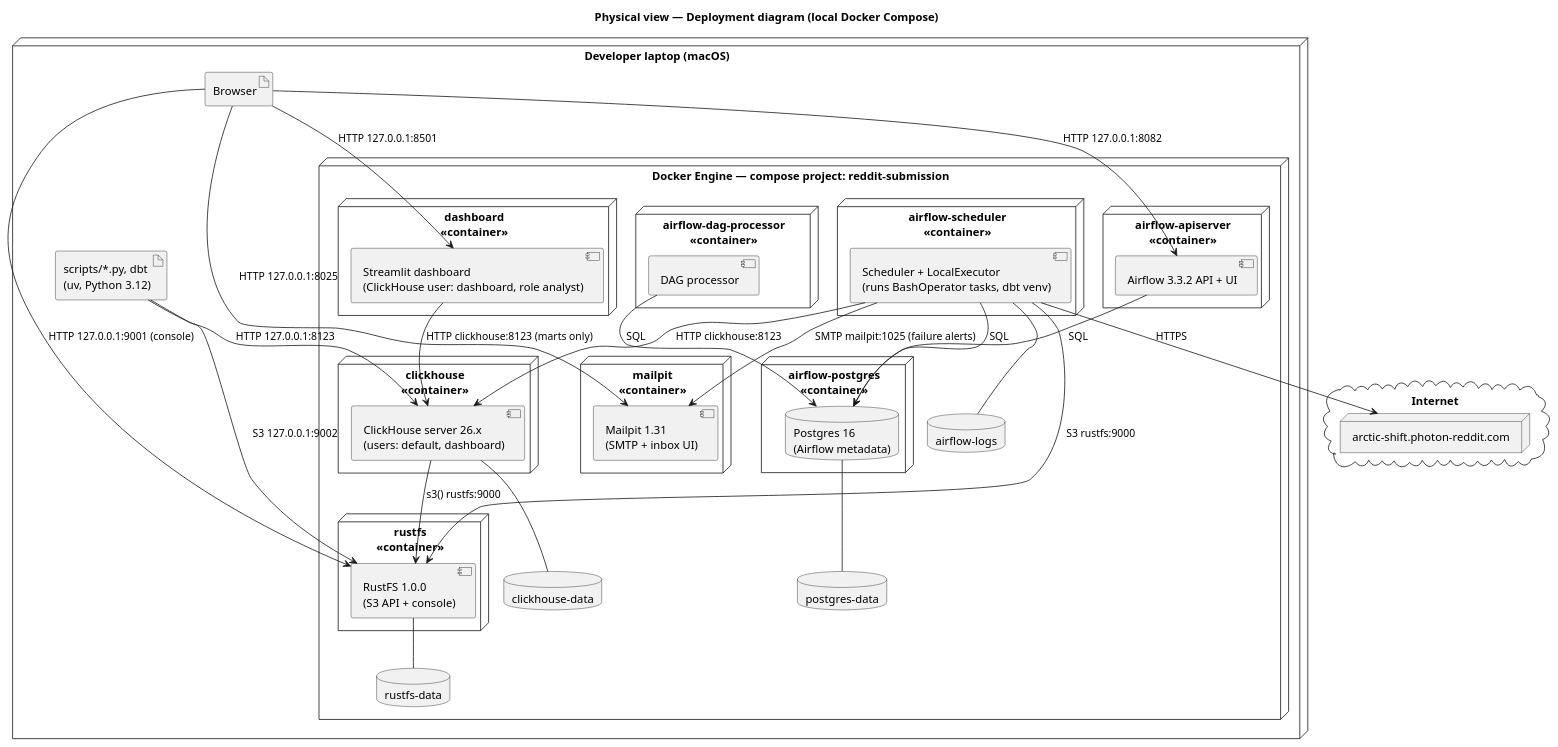
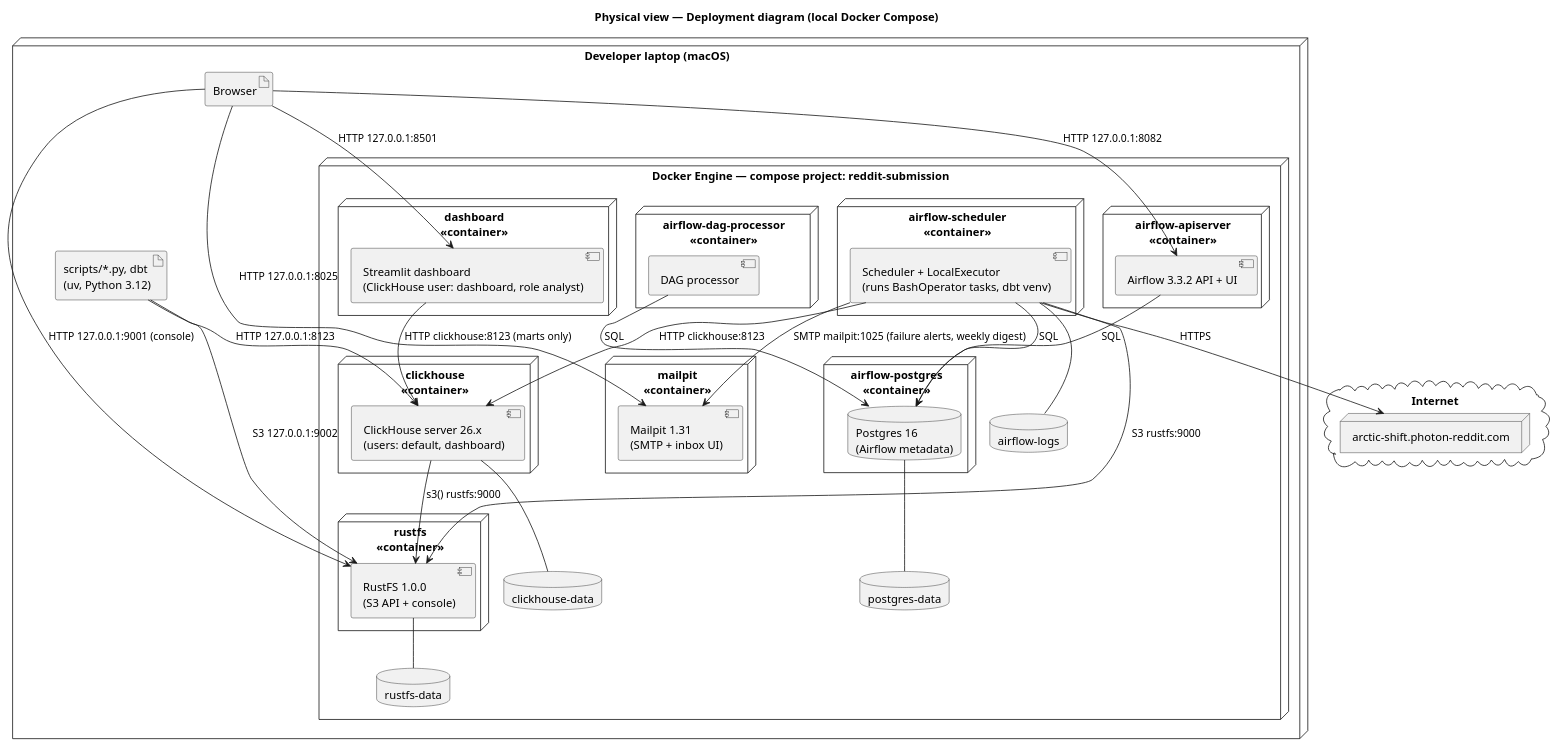
The diagram in docs/architecture/diagrams/deployment.puml (modsomjeed/reddit-dataeng), drawn with PlantUML before and after one commit. The commit also changed 8 other files, not shown here.

Commit message:
docs: document the weekly digest

```diff
--- a/docs/architecture/diagrams/deployment.puml
+++ b/docs/architecture/diagrams/deployment.puml
@@ -1,65 +1,65 @@
 @startuml deployment
 title Physical view — Deployment diagram (local Docker Compose)
 skinparam shadowing false
 
 node "Developer laptop (macOS)" as laptop {
   artifact "Browser" as browser
   artifact "scripts/*.py, dbt\n(uv, Python 3.12)" as hostcli
 
   node "Docker Engine — compose project: reddit-submission" as docker {
     node "clickhouse\n<<container>>" as ch {
       component "ClickHouse server 26.x\n(users: default, dashboard)" as chs
     }
     node "rustfs\n<<container>>" as rustfs {
       component "RustFS 1.0.0\n(S3 API + console)" as rfs
     }
     node "airflow-apiserver\n<<container>>" as api {
       component "Airflow 3.3.2 API + UI" as apis
     }
     node "airflow-scheduler\n<<container>>" as sched {
       component "Scheduler + LocalExecutor\n(runs BashOperator tasks, dbt venv)" as scheds
     }
     node "airflow-dag-processor\n<<container>>" as dagp {
       component "DAG processor" as dagps
     }
     node "dashboard\n<<container>>" as dash {
       component "Streamlit dashboard\n(ClickHouse user: dashboard, role analyst)" as dashs
     }
     node "mailpit\n<<container>>" as mail {
       component "Mailpit 1.31\n(SMTP + inbox UI)" as mails
     }
     node "airflow-postgres\n<<container>>" as pg {
       database "Postgres 16\n(Airflow metadata)" as pgdb
     }
     database "clickhouse-data" as vch
     database "rustfs-data" as vrfs
     database "postgres-data" as vpg
     database "airflow-logs" as vlogs
   }
 }
 
 cloud "Internet" {
   node "arctic-shift.photon-reddit.com" as arctic
 }
 
 chs -- vch
 rfs -- vrfs
 pgdb -- vpg
 scheds -- vlogs
 
 browser --> apis : "HTTP 127.0.0.1:8082"
 browser --> dashs : "HTTP 127.0.0.1:8501"
 dashs --> chs : "HTTP clickhouse:8123 (marts only)"
 browser --> rfs : "HTTP 127.0.0.1:9001 (console)"
 hostcli --> chs : "HTTP 127.0.0.1:8123"
 hostcli --> rfs : "S3 127.0.0.1:9002"
 scheds --> arctic : "HTTPS"
 scheds --> rfs : "S3 rustfs:9000"
 scheds --> chs : "HTTP clickhouse:8123"
 chs --> rfs : "s3() rustfs:9000"
 scheds --> pgdb : "SQL"
-scheds --> mails : "SMTP mailpit:1025 (failure alerts)"
+scheds --> mails : "SMTP mailpit:1025 (failure alerts, weekly digest)"
 browser --> mails : "HTTP 127.0.0.1:8025"
 apis --> pgdb : "SQL"
 dagps --> pgdb : "SQL"
 @enduml
```
